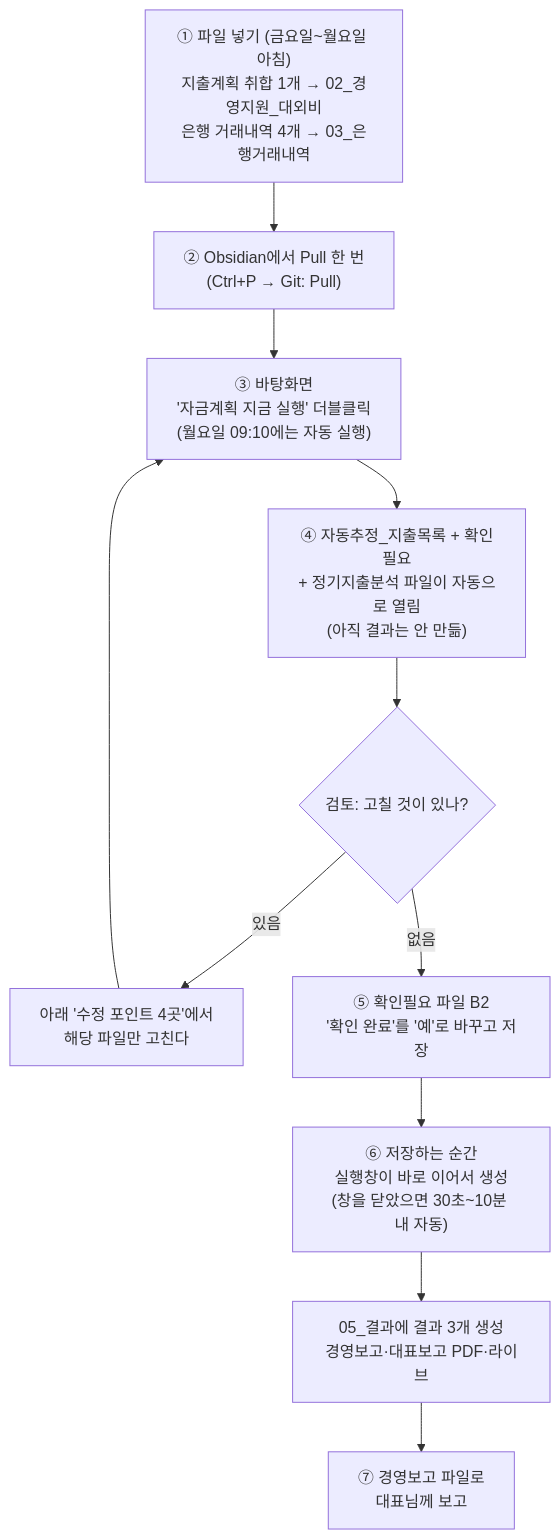
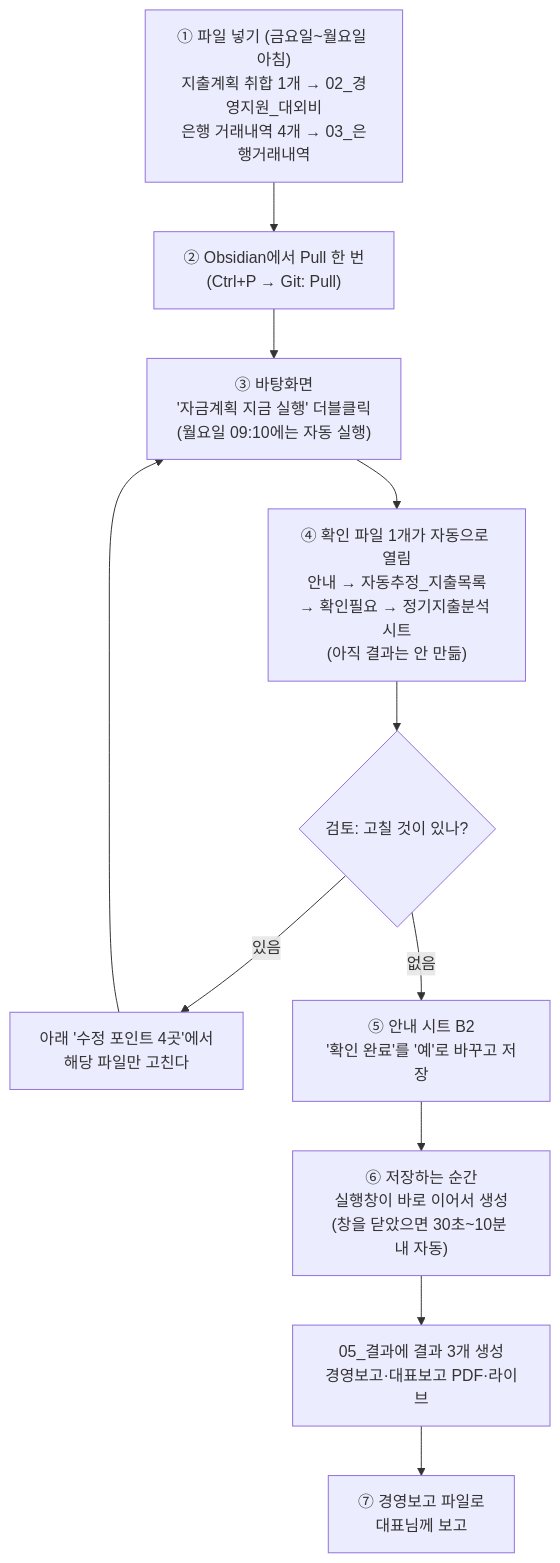
One commit to goldgarden9620419-maker/mynotes changed the diagram in 01-Projects/에이팜건강-주간자금계획-자동화/자금계획_자동화_순서도와_사용방법.md. Above: the diagram before and after it, drawn with Mermaid. The commit also changed other lines of this file and 8 other files, not shown here.

````diff
--- a/01-Projects/에이팜건강-주간자금계획-자동화/자금계획_자동화_순서도와_사용방법.md
+++ b/01-Projects/에이팜건강-주간자금계획-자동화/자금계획_자동화_순서도와_사용방법.md
@@ -8,13 +8,13 @@
 ```mermaid
 flowchart TD
     A["① 파일 넣기 (금요일~월요일 아침)<br>지출계획 취합 1개 → 02_경영지원_대외비<br>은행 거래내역 4개 → 03_은행거래내역"] --> B["② Obsidian에서 Pull 한 번<br>(Ctrl+P → Git: Pull)"]
     B --> C["③ 바탕화면<br>'자금계획 지금 실행' 더블클릭<br>(월요일 09:10에는 자동 실행)"]
-    C --> D["④ 자동추정_지출목록 + 확인필요<br>+ 정기지출분석 파일이 자동으로 열림<br>(아직 결과는 안 만듦)"]
+    C --> D["④ 확인 파일 1개가 자동으로 열림<br>안내 → 자동추정_지출목록<br>→ 확인필요 → 정기지출분석 시트<br>(아직 결과는 안 만듦)"]
     D --> E{"검토: 고칠 것이 있나?"}
     E -- 있음 --> G["아래 '수정 포인트 4곳'에서<br>해당 파일만 고친다"]
     G --> C
-    E -- 없음 --> H["⑤ 확인필요 파일 B2<br>'확인 완료'를 '예'로 바꾸고 저장"]
+    E -- 없음 --> H["⑤ 안내 시트 B2<br>'확인 완료'를 '예'로 바꾸고 저장"]
     H --> I["⑥ 저장하는 순간<br>실행창이 바로 이어서 생성<br>(창을 닫았으면 30초~10분 내 자동)"]
     I --> J["05_결과에 결과 3개 생성<br>경영보고·대표보고 PDF·라이브"]
     J --> K["⑦ 경영보고 파일로<br>대표님께 보고"]
 ```
````
